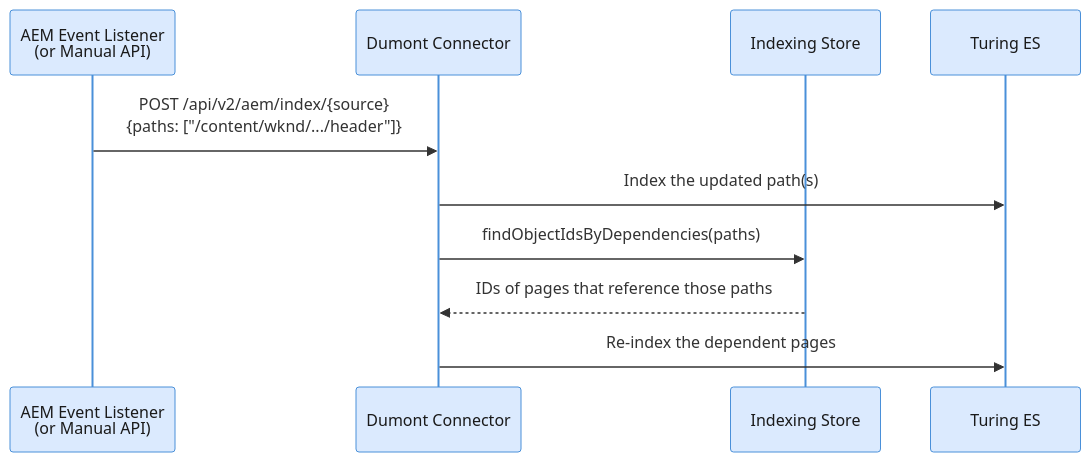
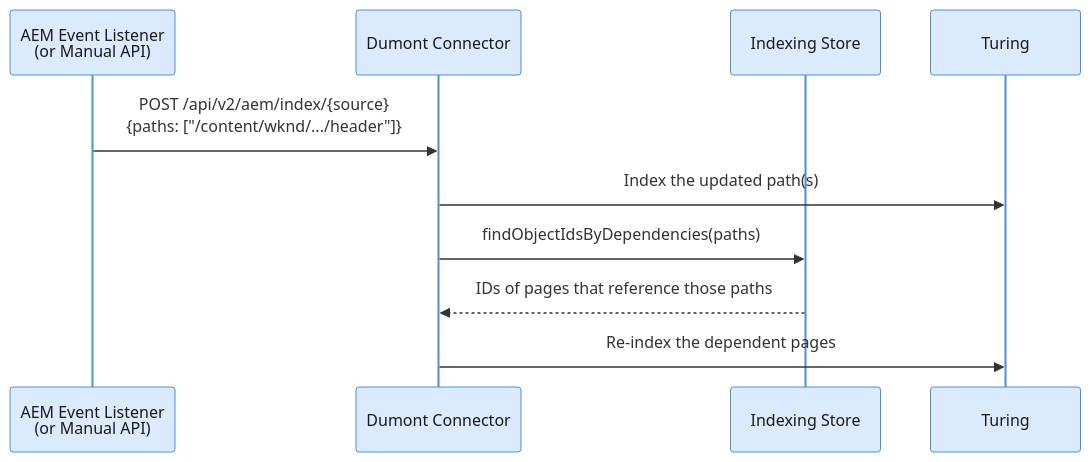
One commit to openviglet/docs changed the second of 2 diagrams in docs-dumont/connectors/aem.md. Above: the diagram before and after it, drawn with Mermaid. The commit also changed other lines of this file and 157 other files, not shown here.

````diff
--- a/docs-dumont/connectors/aem.md
+++ b/docs-dumont/connectors/aem.md
@@ -199,14 +199,14 @@
 ```mermaid
 %%{init: {'theme': 'base', 'themeVariables': {'fontSize': '13px', 'actorBkg': '#dbeafe', 'actorBorder': '#4A90D9', 'actorTextColor': '#1a1a1a', 'activationBkgColor': '#ede9fe', 'activationBorderColor': '#9B6EC5', 'noteBkgColor': '#dcfce7', 'noteBorderColor': '#50B86C', 'noteTextColor': '#1a1a1a', 'signalColor': '#333', 'signalTextColor': '#333'}}}%%
 sequenceDiagram
     participant EVT as AEM Event Listener<br/>(or Manual API)
     participant API as Dumont Connector
     participant DB as Indexing Store
-    participant SE as Turing ES
+    participant SE as Turing
 
     EVT->>API: POST /api/v2/aem/index/{source}<br/>{paths: ["/content/wknd/.../header"]}
     API->>SE: Index the updated path(s)
     API->>DB: findObjectIdsByDependencies(paths)
     DB-->>API: IDs of pages that reference those paths
     API->>SE: Re-index the dependent pages
 ```
````
